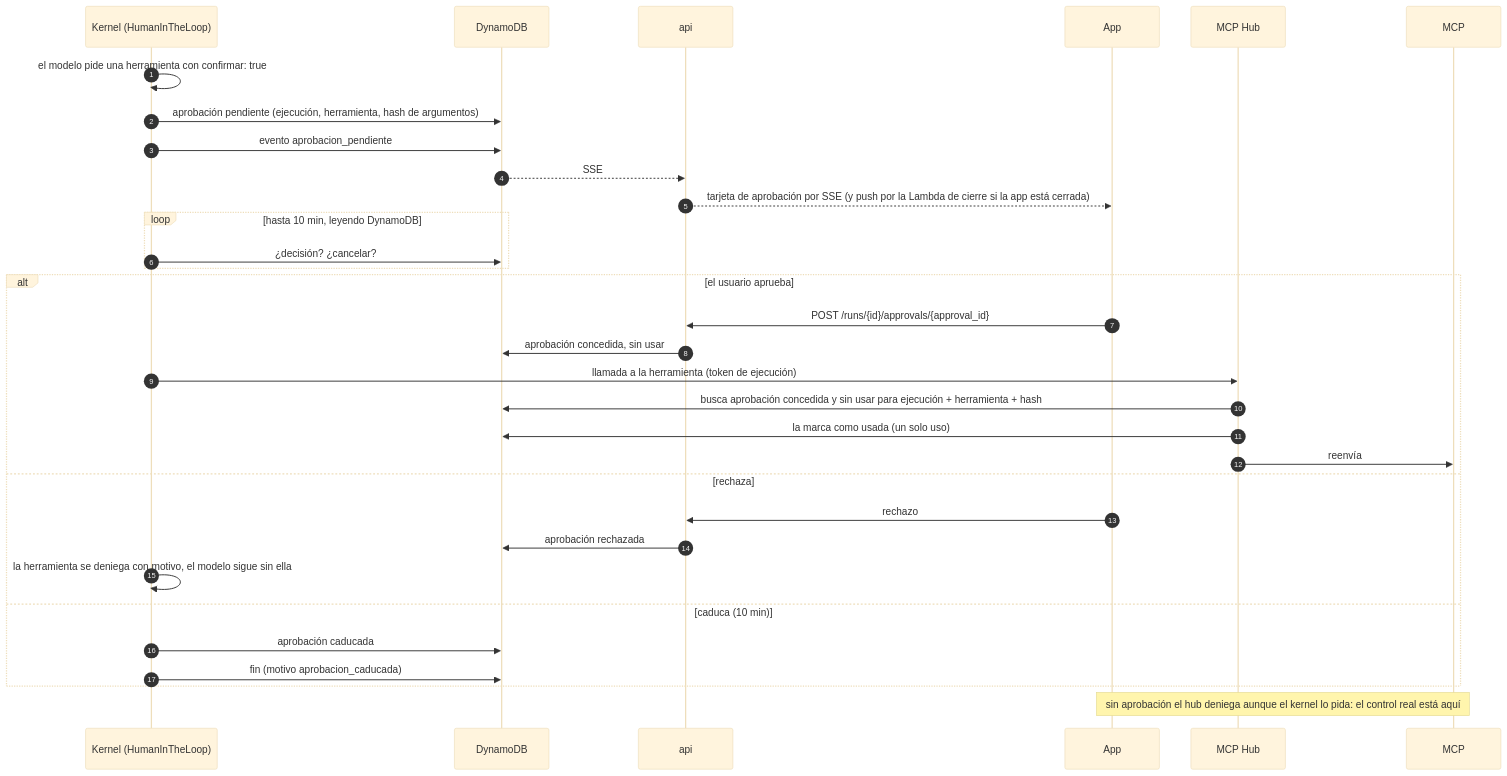
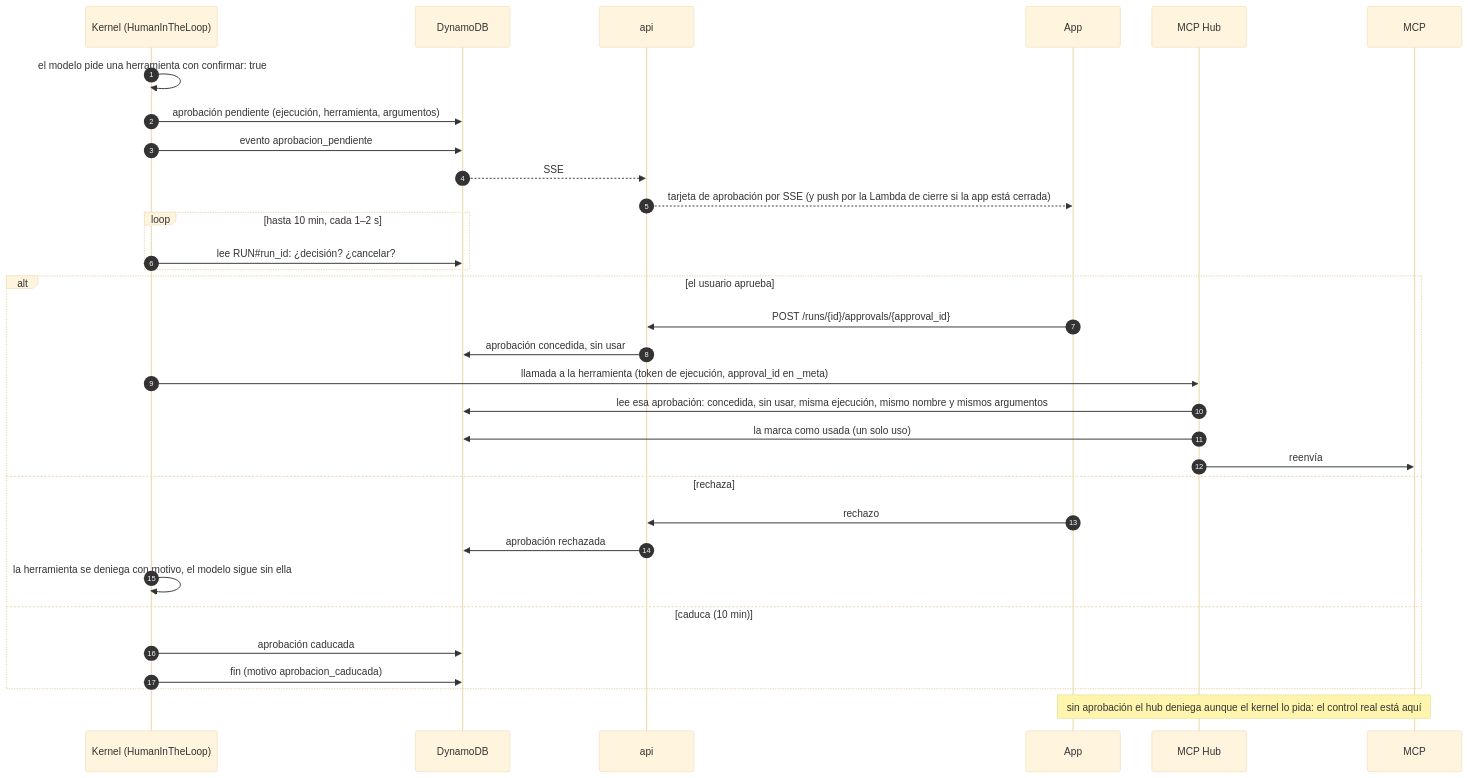
Before and after one commit to ikermendi/sample-agent-platform-with-agentcore: the fifth of 7 diagrams in docs/arquitectura-agentes.md, drawn with Mermaid (base theme). The commit also changed other lines of this file, not shown here.

First line of the commit message:
docs: simplificaciones de eficiencia (run_id como idempotencia, sin estado arrancando, allow en el token, catálogo como código, borrado por la vigilante, Limits por subagente, aprobaciones sin hash)

````diff
--- a/docs/arquitectura-agentes.md
+++ b/docs/arquitectura-agentes.md
@@ -738,35 +735,35 @@
 ```mermaid
 sequenceDiagram
   autonumber
   participant K as Kernel (HumanInTheLoop)
   participant D as DynamoDB
   participant API as api
   participant App as App
   participant H as MCP Hub
   participant M as MCP
 
   K->>K: el modelo pide una herramienta con confirmar: true
-  K->>D: aprobación pendiente (ejecución, herramienta, hash de argumentos)
+  K->>D: aprobación pendiente (ejecución, herramienta, argumentos)
   K->>D: evento aprobacion_pendiente
   D-->>API: SSE
   API-->>App: tarjeta de aprobación por SSE (y push por la Lambda de cierre si la app está cerrada)
-  loop hasta 10 min, leyendo DynamoDB
-    K->>D: ¿decisión? ¿cancelar?
+  loop hasta 10 min, cada 1–2 s
+    K->>D: lee RUN#35;run_id: ¿decisión? ¿cancelar?
   end
   alt el usuario aprueba
     App->>API: POST /runs/{id}/approvals/{approval_id}
     API->>D: aprobación concedida, sin usar
-    K->>H: llamada a la herramienta (token de ejecución)
-    H->>D: busca aprobación concedida y sin usar para ejecución + herramienta + hash
+    K->>H: llamada a la herramienta (token de ejecución, approval_id en _meta)
+    H->>D: lee esa aprobación: concedida, sin usar, misma ejecución, mismo nombre y mismos argumentos
     H->>D: la marca como usada (un solo uso)
     H->>M: reenvía
   else rechaza
     App->>API: rechazo
     API->>D: aprobación rechazada
     K->>K: la herramienta se deniega con motivo, el modelo sigue sin ella
   else caduca (10 min)
     K->>D: aprobación caducada
     K->>D: fin (motivo aprobacion_caducada)
   end
   Note over App,M: sin aprobación el hub deniega aunque el kernel lo pida: el control real está aquí
 ```
````
